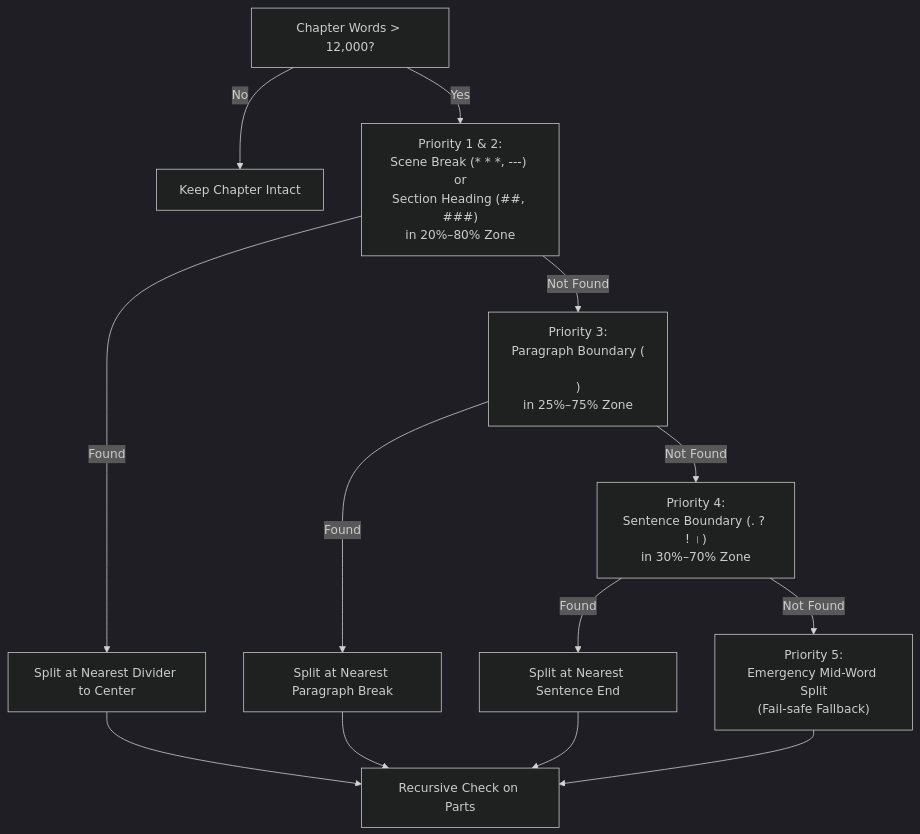
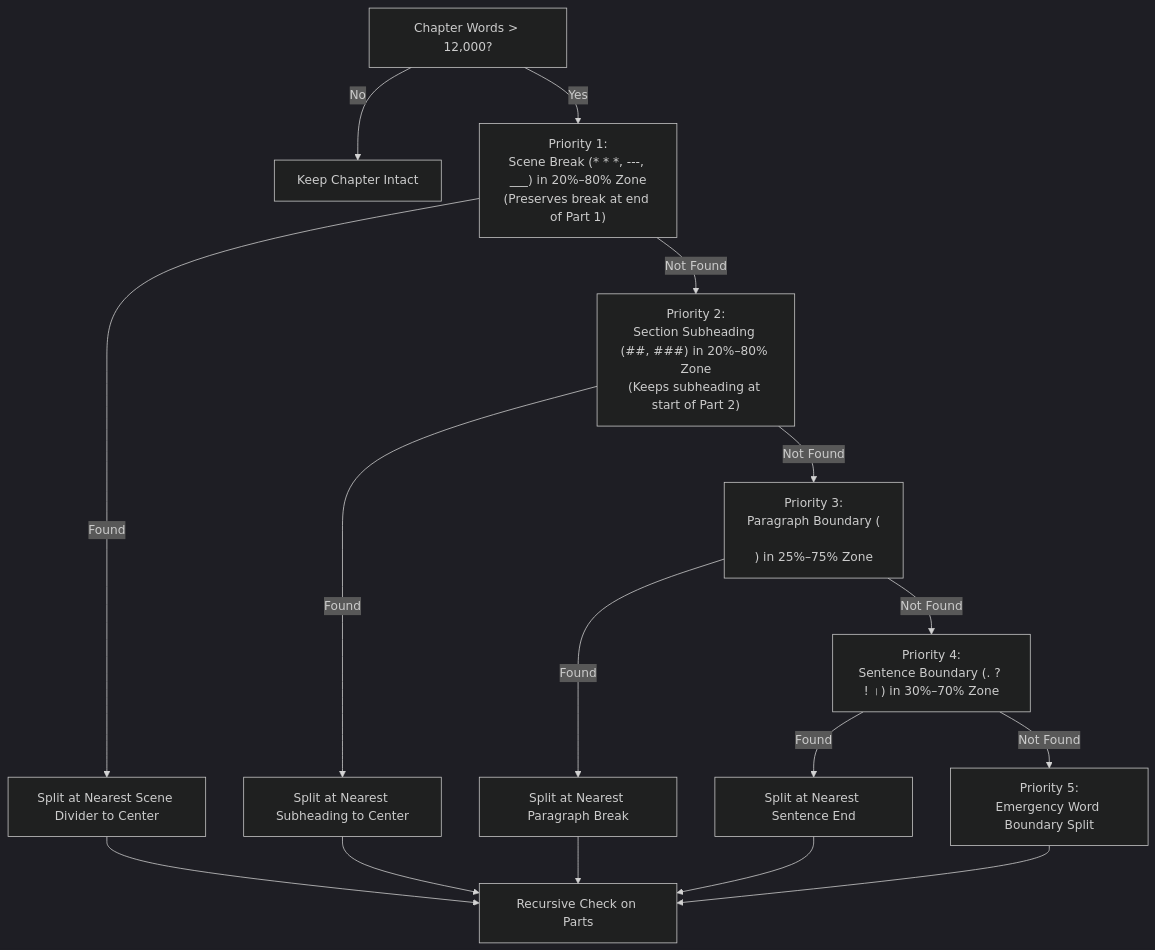
Before and after one commit to naksh-07/audiobook-maker: the fifth of 5 diagrams in docs/FORENSIC_DOCUMENT_INGESTION.md, drawn with Mermaid (dark theme). The commit also changed other lines of this file and 18 other files, not shown here.

````diff
--- a/docs/FORENSIC_DOCUMENT_INGESTION.md
+++ b/docs/FORENSIC_DOCUMENT_INGESTION.md
@@ -353,15 +474,18 @@
 ```mermaid
 flowchart TD
     Check["Chapter Words > 12,000?"] -->|No| Keep["Keep Chapter Intact"]
-    Check -->|Yes| P1["Priority 1 & 2:<br/>Scene Break (* * *, ---) or<br/>Section Heading (##, ###)<br/>in 20%–80% Zone"]
-    P1 -->|Found| SplitP1["Split at Nearest Divider to Center"]
-    P1 -->|Not Found| P3["Priority 3:<br/>Paragraph Boundary (\n\n)<br/>in 25%–75% Zone"]
+    Check -->|Yes| P1["Priority 1:<br/>Scene Break (* * *, ---, ___) in 20%–80% Zone<br/>(Preserves break at end of Part 1)"]
+    P1 -->|Found| SplitP1["Split at Nearest Scene Divider to Center"]
+    P1 -->|Not Found| P2["Priority 2:<br/>Section Subheading (##, ###) in 20%–80% Zone<br/>(Keeps subheading at start of Part 2)"]
+    P2 -->|Found| SplitP2["Split at Nearest Subheading to Center"]
+    P2 -->|Not Found| P3["Priority 3:<br/>Paragraph Boundary (\n\n) in 25%–75% Zone"]
     P3 -->|Found| SplitP3["Split at Nearest Paragraph Break"]
-    P3 -->|Not Found| P4["Priority 4:<br/>Sentence Boundary (. ? ! ।)<br/>in 30%–70% Zone"]
+    P3 -->|Not Found| P4["Priority 4:<br/>Sentence Boundary (. ? ! ।) in 30%–70% Zone"]
     P4 -->|Found| SplitP4["Split at Nearest Sentence End"]
-    P4 -->|Not Found| P5["Priority 5:<br/>Emergency Mid-Word Split<br/>(Fail-safe Fallback)"]
+    P4 -->|Not Found| P5["Priority 5:<br/>Emergency Word Boundary Split"]
     SplitP1 --> Recurse["Recursive Check on Parts"]
+    SplitP2 --> Recurse
     SplitP3 --> Recurse
     SplitP4 --> Recurse
     P5 --> Recurse
 ```
````
